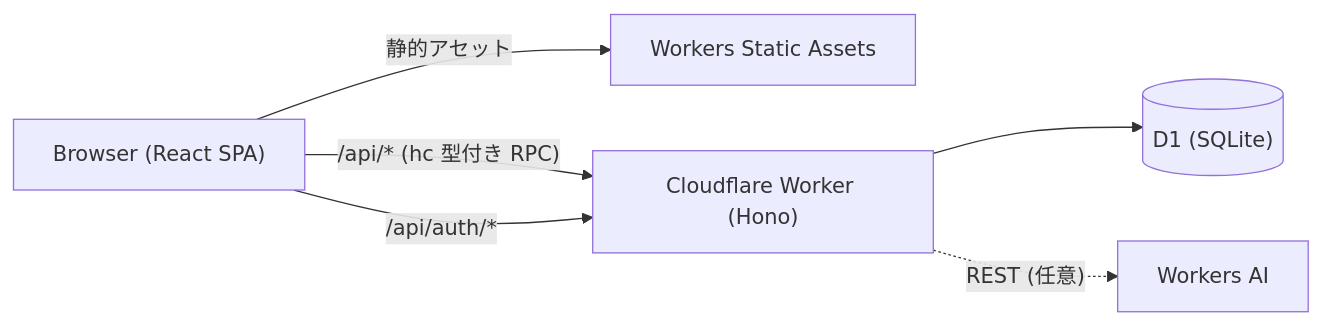
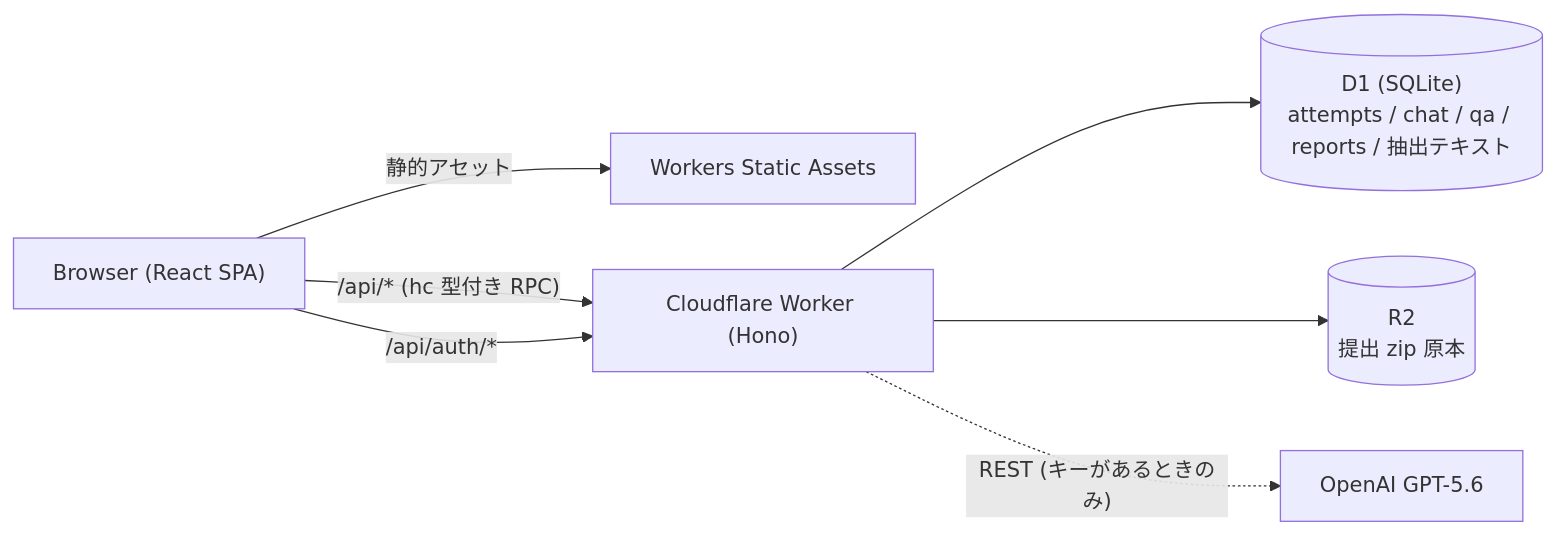
One commit to theMistletoe/trAInermAIker changed the second of 2 diagrams in README.md. Above: the diagram before and after it, drawn with Mermaid. The commit also changed other lines of this file and 19 other files, not shown here.

````diff
--- a/README.md
+++ b/README.md
@@ -18,8 +26,9 @@
 ```mermaid
 flowchart LR
   Browser["Browser (React SPA)"] -->|"静的アセット"| Assets["Workers Static Assets"]
   Browser -->|"/api/* (hc 型付き RPC)"| Worker["Cloudflare Worker (Hono)"]
   Browser -->|"/api/auth/*"| Worker
-  Worker --> D1[("D1 (SQLite)")]
-  Worker -.->|"REST (任意)"| AI["Workers AI"]
+  Worker --> D1[("D1 (SQLite)<br/>attempts / chat / qa / reports / 抽出テキスト")]
+  Worker --> R2[("R2<br/>提出 zip 原本")]
+  Worker -.->|"REST (キーがあるときのみ)"| OpenAI["OpenAI GPT-5.6"]
 ```
````
